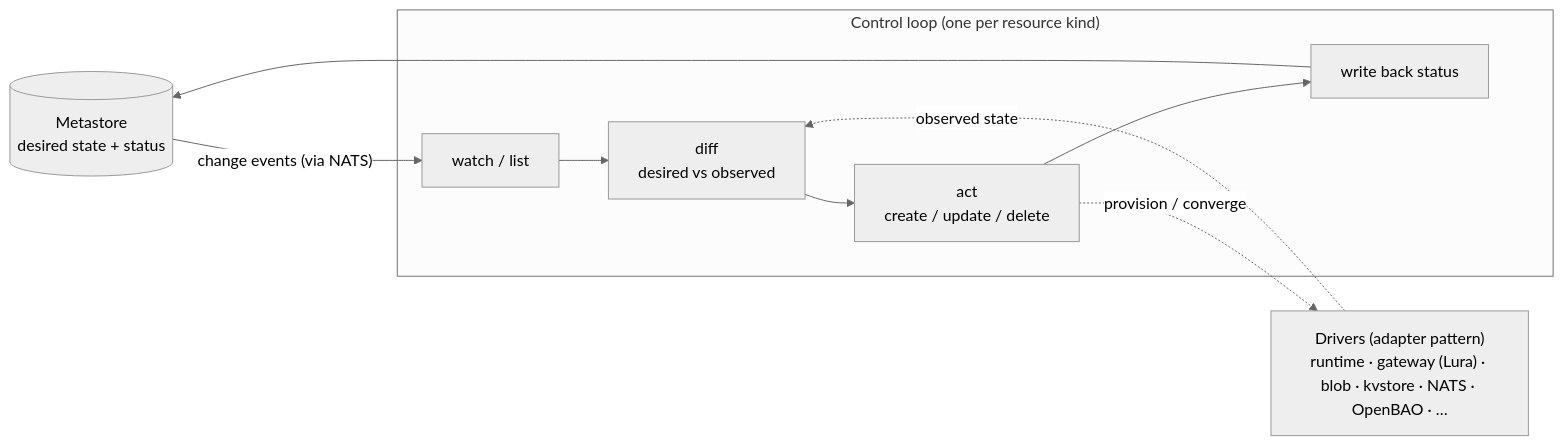
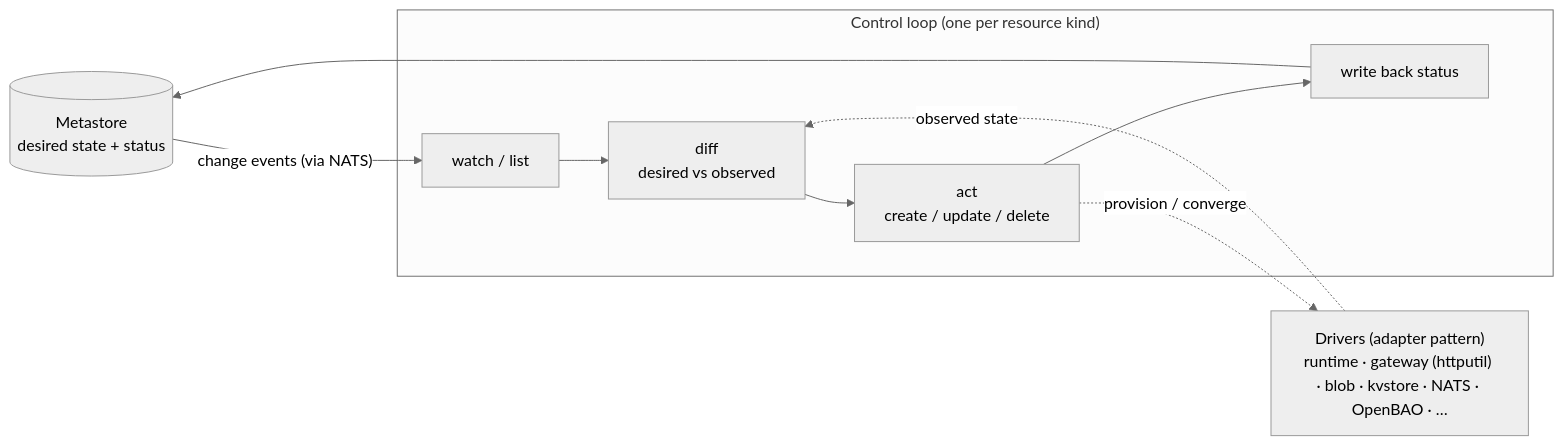
The fourth of 8 diagrams in blueprint.md (pyvvo/funcd), drawn with Mermaid (neutral theme) before and after one commit. The commit also changed other lines of this file and 368 other files, not shown here.

````diff
--- a/blueprint.md
+++ b/blueprint.md
@@ -366,15 +366,15 @@
 ```mermaid
 flowchart LR
     MS[("Metastore<br/>desired state + status")]
     subgraph Loop["Control loop (one per resource kind)"]
         Watch["watch / list"]
         Diff["diff<br/>desired vs observed"]
         Act["act<br/>create / update / delete"]
         Status["write back status"]
         Watch --> Diff --> Act --> Status
     end
     MS -- "change events (via NATS)" --> Watch
     Status --> MS
-    Act -. "provision / converge" .-> Providers["Drivers (adapter pattern)<br/>runtime · gateway (Lura) · blob · kvstore · NATS · OpenBAO · …"]
+    Act -. "provision / converge" .-> Providers["Drivers (adapter pattern)<br/>runtime · gateway (httputil) · blob · kvstore · NATS · OpenBAO · …"]
     Providers -. "observed state" .-> Diff
 ```
````
